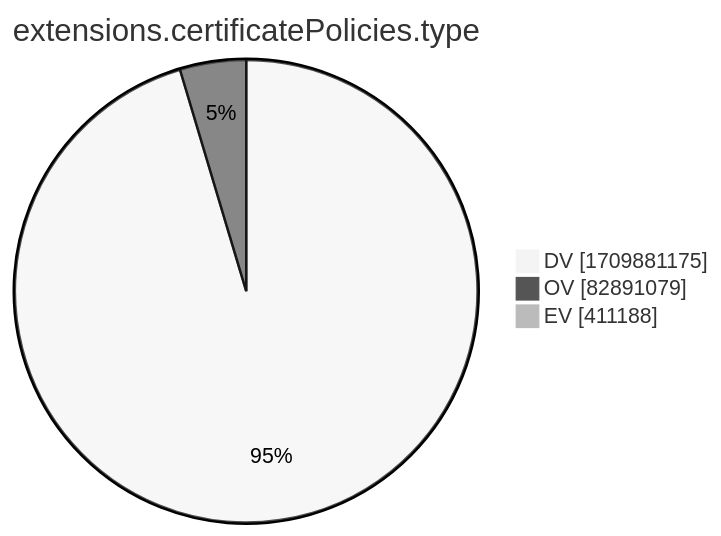
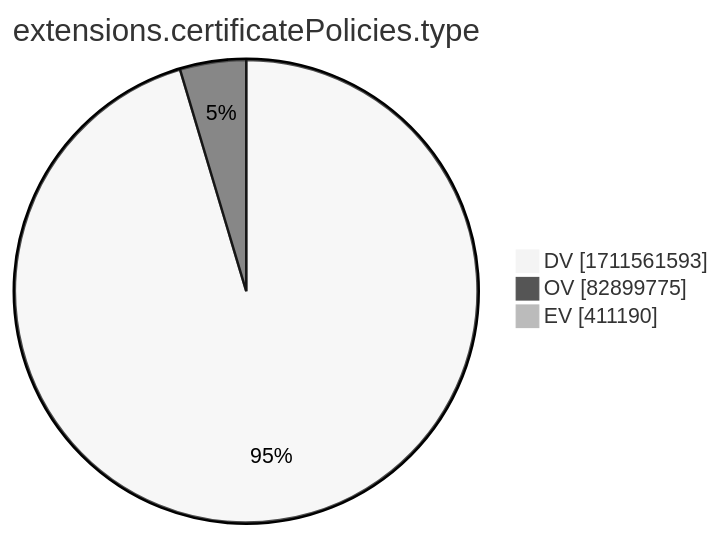
Before and after one commit to christiankrug/ctmonitor_visualization: the tenth of 15 diagrams in xenon2022/README.md, drawn with Mermaid (neutral theme). The commit also changed other lines of this file, not shown here.

````diff
--- a/xenon2022/README.md
+++ b/xenon2022/README.md
@@ -2881,7 +2881,7 @@
 ```mermaid
 pie showData
 title extensions.certificatePolicies.type
-"DV" :1709881175
-"OV" :82891079
-"EV" :411188
+"DV" :1711561593
+"OV" :82899775
+"EV" :411190
 ```
````
